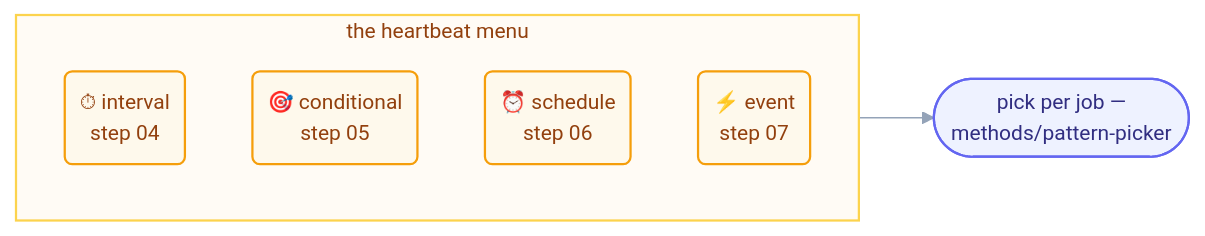
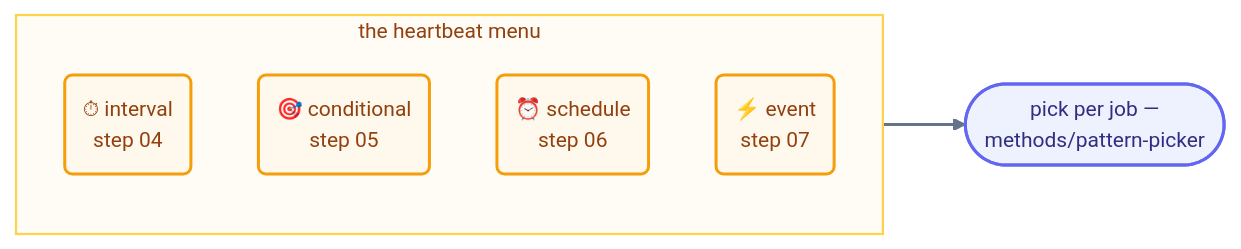
Before and after one commit to ayeshakhalid192007-dev/LoopEngineering-CrashCourse: the diagram in docs/04-part-2-heartbeat/README.md, drawn with Mermaid. The commit also changed 66 other files, not shown here.

First line of the commit message:
docs(diagrams): bolden and unify all 70 mermaid diagrams

````diff
--- a/docs/04-part-2-heartbeat/README.md
+++ b/docs/04-part-2-heartbeat/README.md
@@ -18,15 +18,16 @@
 ```mermaid
-%%{init: {'theme':'base','themeVariables':{'fontFamily':'ui-sans-serif, system-ui, sans-serif','fontSize':'14px','lineColor':'#94a3b8'},'flowchart':{'curve':'basis','nodeSpacing':45,'rankSpacing':50,'padding':10}}}%%
+%%{init: {'theme':'base','themeVariables':{'fontFamily':'ui-sans-serif, system-ui, sans-serif','fontSize':'14px','lineColor':'#64748b','edgeLabelBackground':'#f8fafc'},'flowchart':{'curve':'basis','nodeSpacing':45,'rankSpacing':55,'padding':12}}}%%
 flowchart LR
     subgraph MENU ["the heartbeat menu"]
       direction TB
       I("⏱ interval<br/>step 04"):::hb
       C("🎯 conditional<br/>step 05"):::hb
       S("⏰ schedule<br/>step 06"):::hb
       E("⚡ event<br/>step 07"):::hb
     end
     MENU --> PICK(["pick per job —<br/>methods/pattern-picker"]):::next
-    classDef hb fill:#fef9ec,stroke:#f59e0b,stroke-width:1.5px,color:#92400e;
-    classDef next fill:#eef2ff,stroke:#6366f1,stroke-width:1.5px,color:#312e81;
+    linkStyle default stroke:#64748b,stroke-width:2px;
+    classDef hb fill:#fef9ec,stroke:#f59e0b,stroke-width:2px,color:#92400e;
+    classDef next fill:#eef2ff,stroke:#6366f1,stroke-width:2px,color:#312e81;
     style MENU fill:#fffbf5,stroke:#fcd34d,stroke-width:1.5px,color:#92400e;
 ```
````
